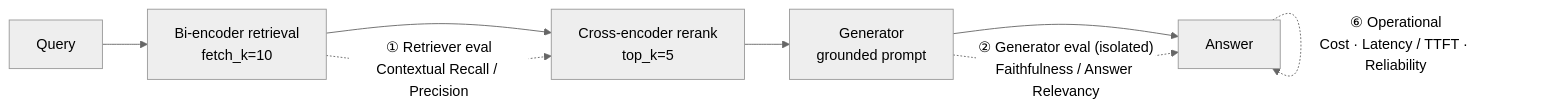
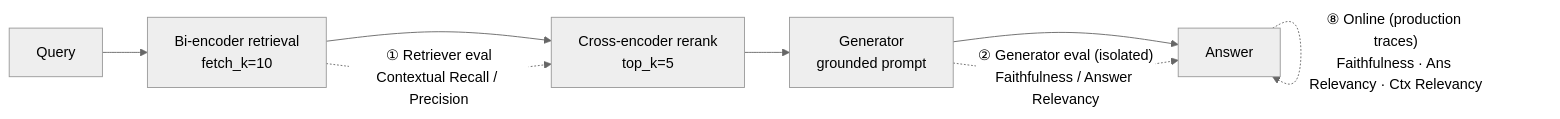
Before and after one commit to avinashmyerolkar/llm-evaluation-suite: the second of 4 diagrams in README.md, drawn with Mermaid (neutral theme). The commit also changed other lines of this file and 6 other files, not shown here.

First line of the commit message:
Add online evals on production traces via LangSmith

````diff
--- a/README.md
+++ b/README.md
@@ -44,14 +66,15 @@
 ```mermaid
 flowchart LR
     Q[Query] --> R[Bi-encoder retrieval<br/>fetch_k=10]
     R --> RR[Cross-encoder rerank<br/>top_k=5]
     RR --> G[Generator<br/>grounded prompt]
     G --> A[Answer]
 
     R -. "① Retriever eval<br/>Contextual Recall / Precision" .-> RR
     G -. "② Generator eval (isolated)<br/>Faithfulness / Answer Relevancy" .-> A
     A -. "③ RAG triad (end-to-end)<br/>Ctx Relevancy · Faithfulness · Ans Relevancy" .-> A
     A -. "④ Application quality<br/>Correctness · Completeness · Style" .-> A
     A -. "⑤ Safety<br/>Leakage · PII · Toxicity · Scope" .-> A
     A -. "⑥ Operational<br/>Cost · Latency / TTFT · Reliability" .-> A
+    A -. "⑧ Online (production traces)<br/>Faithfulness · Ans Relevancy · Ctx Relevancy" .-> A
 ```
````
